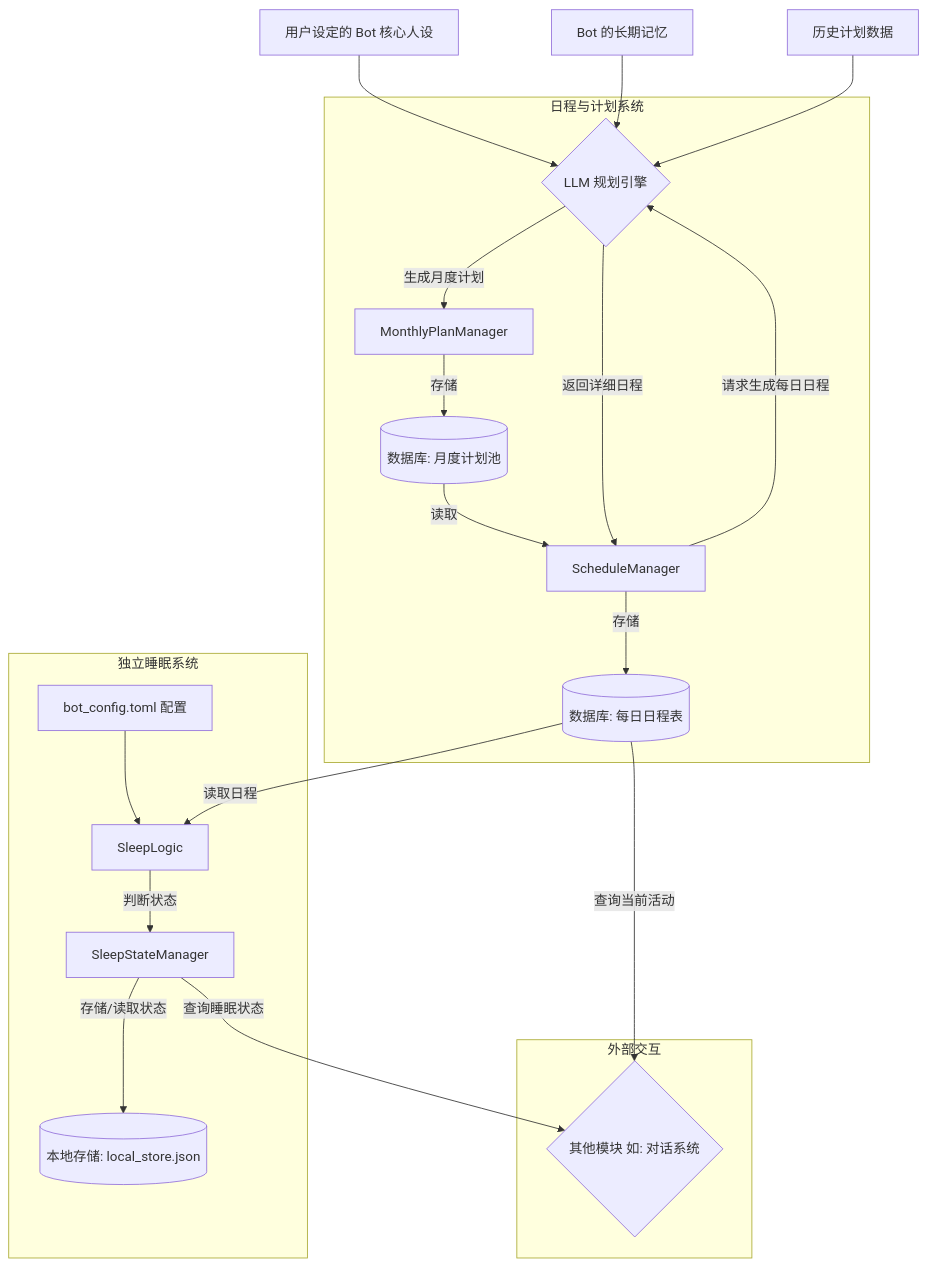
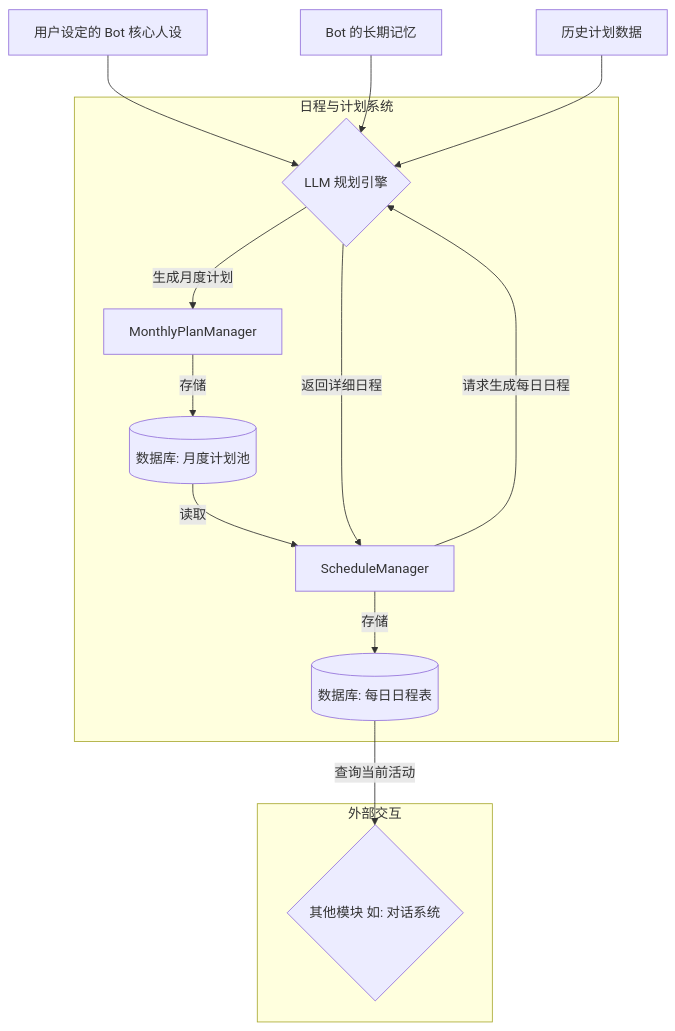
Before and after one commit to MoFox-Studio/MoFox-Bot-Docs: the diagram in docs/guides/schedule_and_planning_guide.md, drawn with Mermaid. The commit also changed other lines of this file and 3 other files, not shown here.

````diff
--- a/docs/guides/schedule_and_planning_guide.md
+++ b/docs/guides/schedule_and_planning_guide.md
@@ -18,27 +17,19 @@
 ```mermaid
 graph TD
     A[用户设定的 Bot 核心人设] --> B{LLM 规划引擎};
     C[Bot 的长期记忆] --> B;
     D[历史计划数据] --> B;
 
     subgraph 日程与计划系统
         B -- 生成月度计划 --> E[MonthlyPlanManager];
         E -- 存储 --> F[(数据库: 月度计划池)];
         F -- 读取 --> G[ScheduleManager];
         G -- 请求生成每日日程 --> B;
         B -- 返回详细日程 --> G;
         G -- 存储 --> H[(数据库: 每日日程表)];
     end
-    
-    subgraph 独立睡眠系统
-        H -- 读取日程 --> J[SleepLogic];
-        M[bot_config.toml 配置] --> J;
-        J -- 判断状态 --> K[SleepStateManager];
-        K -- 存储/读取状态 --> L[(本地存储: local_store.json)];
-    end
 
     subgraph 外部交互
         H -- 查询当前活动 --> I{其他模块 如: 对话系统};
-        K -- 查询睡眠状态 --> I;
     end
 ```
````
